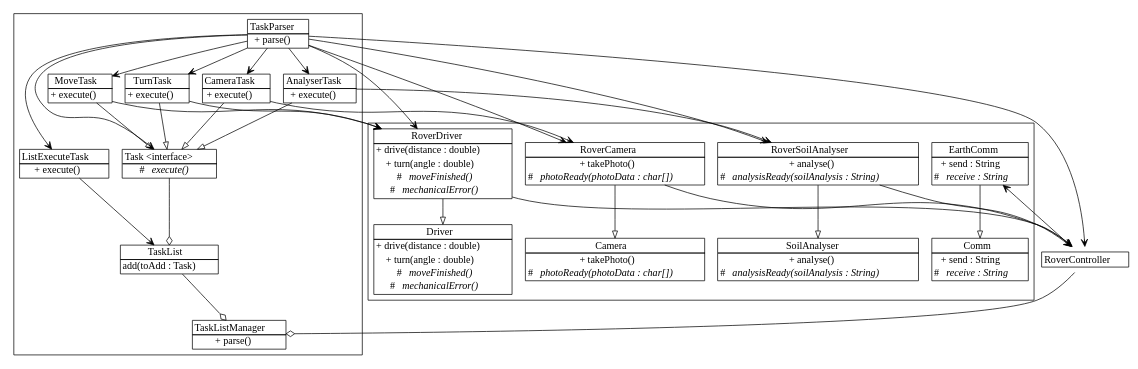
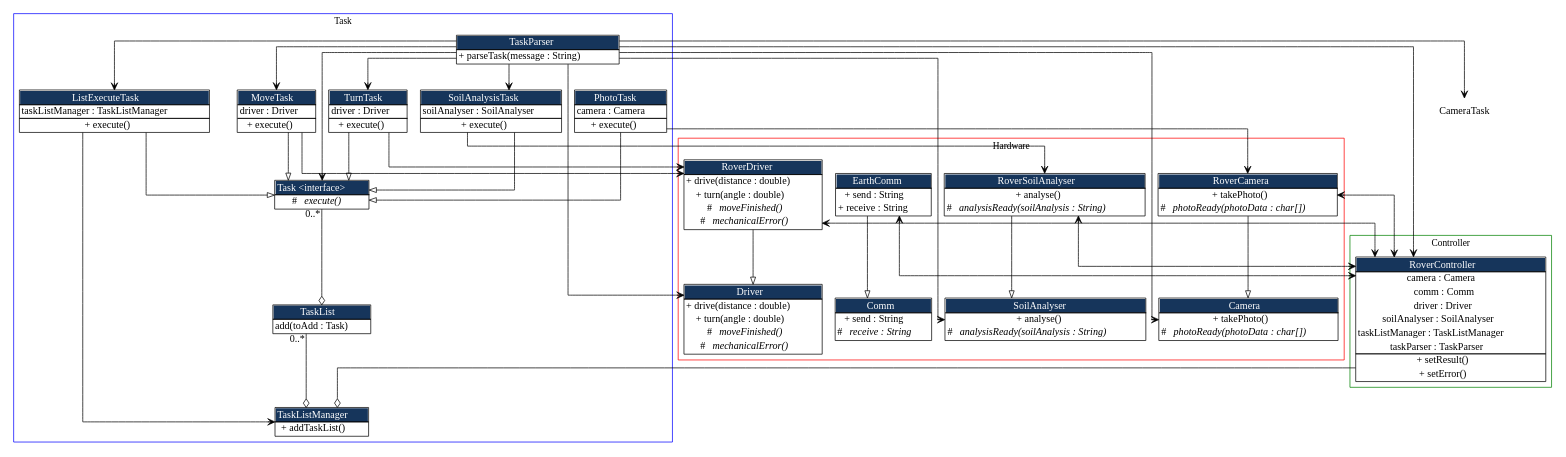
Before and after one commit to LuminousMonkey/SE200-Assignment-2014-S2: the diagram in doc/assignment.dot, drawn with Graphviz. The commit also changed 6 other files, not shown here.

Commit message:
Added TaskListManager.

```diff
--- a/doc/assignment.dot
+++ b/doc/assignment.dot
@@ -1,6 +1,8 @@
 digraph G {
         fontname = "Concourse T7";
         fontsize = 13;
+
+        splines = ortho;
 
         node [
              shape = "plaintext";
@@ -8,9 +10,12 @@
         ]
 
         subgraph cluster_hardware {
+                 color = "red";
+                 label = "Hardware";
+
                  Comm [
                       label = <<table border="1" cellborder="0" cellspacing="0">
-                                      <tr><td>Comm</td></tr>
+                      <tr><td bgcolor="#16355b"><font color="white">Comm</font></td></tr>
                                       <hr/>
                                       <tr><td>+ send : String</td></tr>
                                       <tr><td># <i>receive : String</i></td></tr>
@@ -19,7 +24,7 @@
 
                 Driver [
                        label = <<table border="1" cellborder="0" cellspacing="0">
-                                       <tr><td>Driver</td></tr>
+                       <tr><td bgcolor="#16355b"><font color="white">Driver</font></td></tr>
                                        <hr/>
                                        <tr><td>+ drive(distance : double)</td></tr>
                                        <tr><td>+ turn(angle : double)</td></tr>
@@ -31,7 +36,7 @@
 
         SoilAnalyser [
                label = <<table border="1" cellborder="0" cellspacing="0">
-                               <tr><td>SoilAnalyser</td></tr>
+               <tr><td bgcolor="#16355b"><font color="white">SoilAnalyser</font></td></tr>
                                <hr/>
                                <tr><td>+ analyse()</td></tr>
                                <tr><td># <i>analysisReady(soilAnalysis : String)</i></td></tr>
@@ -41,7 +46,7 @@
 
         Camera [
                label = <<table border="1" cellborder="0" cellspacing="0">
-                               <tr><td>Camera</td></tr>
+               <tr><td bgcolor="#16355b"><font color="white">Camera</font></td></tr>
                                <hr/>
                                <tr><td>+ takePhoto()</td></tr>
                                <tr><td># <i>photoReady(photoData : char[])</i></td></tr>
@@ -51,16 +56,16 @@
 
         RoverComm [
                 label = <<table border="1" cellborder="0" cellspacing="0">
-                                <tr><td>EarthComm</td></tr>
+                <tr><td bgcolor="#16355b"><font color="white">EarthComm</font></td></tr>
                                 <hr/>
                                 <tr><td>+ send : String</td></tr>
-                                <tr><td># <i>receive : String</i></td></tr>
+                                <tr><td>+ receive : String</td></tr>
                          </table>>
         ]
 
         RoverDriver [
                label = <<table border="1" cellborder="0" cellspacing="0">
-                               <tr><td>RoverDriver</td></tr>
+               <tr><td bgcolor="#16355b"><font color="white">RoverDriver</font></td></tr>
                                <hr/>
                                <tr><td>+ drive(distance : double)</td></tr>
                                <tr><td>+ turn(angle : double)</td></tr>
@@ -72,7 +77,7 @@
 
         RoverSoilAnalyser [
                label = <<table border="1" cellborder="0" cellspacing="0">
-                               <tr><td>RoverSoilAnalyser</td></tr>
+               <tr><td bgcolor="#16355b"><font color="white">RoverSoilAnalyser</font></td></tr>
                                <hr/>
                                <tr><td>+ analyse()</td></tr>
                                <tr><td># <i>analysisReady(soilAnalysis : String)</i></td></tr>
@@ -82,7 +87,7 @@
 
         RoverCamera [
                label = <<table border="1" cellborder="0" cellspacing="0">
-                               <tr><td>RoverCamera</td></tr>
+               <tr><td bgcolor="#16355b"><font color="white">RoverCamera</font></td></tr>
                                <hr/>
                                <tr><td>+ takePhoto()</td></tr>
                                <tr><td># <i>photoReady(photoData : char[])</i></td></tr>
@@ -92,9 +97,11 @@
         }
 
 subgraph cluster_task {
+         label = "Task";
+         color = "blue";
         Task [
                label = <<table border="1" cellborder="0" cellspacing="0">
-                               <tr><td>Task &lt;interface&gt;</td></tr>
+               <tr><td bgcolor="#16355b"><font color="white">Task &lt;interface&gt;</font></td></tr>
                                <hr/>
                                <tr><td># <i>execute()</i></td></tr>
                         </table>>
@@ -103,7 +110,7 @@
 
         TaskList [
                label = <<table border="1" cellborder="0" cellspacing="0">
-                               <tr><td>TaskList</td></tr>
+               <tr><td bgcolor="#16355b"><font color="white">TaskList</font></td></tr>
                                <hr/>
                                <tr><td> add(toAdd : Task)</td></tr>
                         </table>>
@@ -113,7 +120,9 @@
 
         MoveTask [
                label = <<table border="1" cellborder="0" cellspacing="0">
-                               <tr><td>MoveTask</td></tr>
+               <tr><td bgcolor="#16355b"><font color="white">MoveTask</font></td></tr>
+                               <hr/>
+                               <tr><td>driver : Driver</td></tr>
                                <hr/>
                                <tr><td>+ execute()</td></tr>
                         </table>>
@@ -122,25 +131,31 @@
 
         TurnTask [
                label = <<table border="1" cellborder="0" cellspacing="0">
-                               <tr><td>TurnTask</td></tr>
+               <tr><td bgcolor="#16355b"><font color="white">TurnTask</font></td></tr>
+                               <hr/>
+                               <tr><td>driver : Driver</td></tr>
                                <hr/>
                                <tr><td>+ execute()</td></tr>
                         </table>>
 
         ]
 
-        AnalyserTask [
+        SoilAnalysisTask [
                label = <<table border="1" cellborder="0" cellspacing="0">
-                               <tr><td>AnalyserTask</td></tr>
+               <tr><td bgcolor="#16355b"><font color="white">SoilAnalysisTask</font></td></tr>
+                               <hr/>
+                               <tr><td>soilAnalyser : SoilAnalyser</td></tr>
                                <hr/>
                                <tr><td>+ execute()</td></tr>
                         </table>>
 
         ]
 
-        CameraTask [
+        PhotoTask [
                label = <<table border="1" cellborder="0" cellspacing="0">
-                               <tr><td>CameraTask</td></tr>
+               <tr><td bgcolor="#16355b"><font color="white">PhotoTask</font></td></tr>
+                               <hr/>
+                               <tr><td>camera : Camera</td></tr>
                                <hr/>
                                <tr><td>+ execute()</td></tr>
                         </table>>
@@ -149,7 +164,9 @@
 
         ListExecuteTask [
                label = <<table border="1" cellborder="0" cellspacing="0">
-                               <tr><td>ListExecuteTask</td></tr>
+               <tr><td bgcolor="#16355b"><font color="white">ListExecuteTask</font></td></tr>
+                               <hr/>
+                               <tr><td>taskListManager : TaskListManager</td></tr>
                                <hr/>
                                <tr><td>+ execute()</td></tr>
                         </table>>
@@ -158,28 +175,42 @@
 
         TaskParser [
                label = <<table border="1" cellborder="0" cellspacing="0">
-                               <tr><td>TaskParser</td></tr>
+               <tr><td bgcolor="#16355b"><font color="white">TaskParser</font></td></tr>
                                <hr/>
-                               <tr><td>+ parse()</td></tr>
+                               <tr><td>+ parseTask(message : String)</td></tr>
                         </table>>
 
         ]
 
         TaskListManager [
                label = <<table border="1" cellborder="0" cellspacing="0">
-                               <tr><td>TaskListManager</td></tr>
+               <tr><td bgcolor="#16355b"><font color="white">TaskListManager</font></td></tr>
                                <hr/>
-                               <tr><td>+ parse()</td></tr>
+                               <tr><td>+ addTaskList()</td></tr>
                         </table>>
 
         ]
  }
+    subgraph cluster_controller {
+             color = "green";
+             label = "Controller"
         RoverController [
                label = <<table border="1" cellborder="0" cellspacing="0">
-                               <tr><td>RoverController</td></tr>
+                               <tr><td bgcolor="#16355b"><font color="white">RoverController</font></td></tr>
+                               <hr/>
+                               <tr><td>camera : Camera</td></tr>
+                               <tr><td>comm : Comm</td></tr>
+                               <tr><td>driver : Driver</td></tr>
+                               <tr><td>soilAnalyser : SoilAnalyser</td></tr>
+                               <tr><td>taskListManager : TaskListManager</td></tr>
+                               <tr><td>taskParser : TaskParser</td></tr>
+                               <hr/>
+                               <tr><td>+ setResult()</td></tr>
+                               <tr><td>+ setError()</td></tr>
                         </table>>
 
         ]
+        }
 
         edge [ arrowhead = "empty" ];
         RoverComm -> Comm;
@@ -189,38 +220,38 @@
 
         MoveTask -> Task;
         TurnTask -> Task;
-        AnalyserTask -> Task;
-        CameraTask -> Task;
+        SoilAnalysisTask -> Task;
+        PhotoTask -> Task;
+        ListExecuteTask -> Task;
 
         edge [ arrowhead = "odiamond" ];
-        Task -> TaskList;
+        Task -> TaskList  [ taillabel = "0..*"];
         RoverController -> TaskListManager;
-        TaskList -> TaskListManager;
+        TaskList -> TaskListManager [ taillabel = "0..*"];
 
-        edge [ arrowhead = "vee" ];
+        edge [ arrowhead = "vee", arrowtail = "vee" ];
         MoveTask -> RoverDriver;
         TurnTask -> RoverDriver;
-        AnalyserTask -> RoverSoilAnalyser;
-        CameraTask -> RoverCamera;
+        SoilAnalysisTask -> RoverSoilAnalyser;
+        PhotoTask -> RoverCamera;
 
         TaskParser -> MoveTask;
         TaskParser -> TurnTask;
-        TaskParser -> AnalyserTask;
+        TaskParser -> SoilAnalysisTask;
         TaskParser -> CameraTask;
         TaskParser -> ListExecuteTask;
 
-        TaskParser -> RoverDriver;
-        TaskParser -> RoverSoilAnalyser;
-        TaskParser -> RoverCamera;
+        TaskParser -> Driver;
+        TaskParser -> SoilAnalyser;
+        TaskParser -> Camera;
         TaskParser -> Task;
 
         TaskParser -> RoverController;
 
-        RoverController -> RoverComm;
+        RoverCamera -> RoverController [dir="both"];
+        RoverController -> RoverComm [dir="both"];
+        RoverDriver -> RoverController [dir="both"];
+        RoverSoilAnalyser -> RoverController [dir="both"];
 
-        RoverDriver -> RoverController;
-        RoverSoilAnalyser -> RoverController;
-        RoverCamera -> RoverController;
-
-        ListExecuteTask -> TaskList;
+        ListExecuteTask -> TaskListManager;
 }
```
